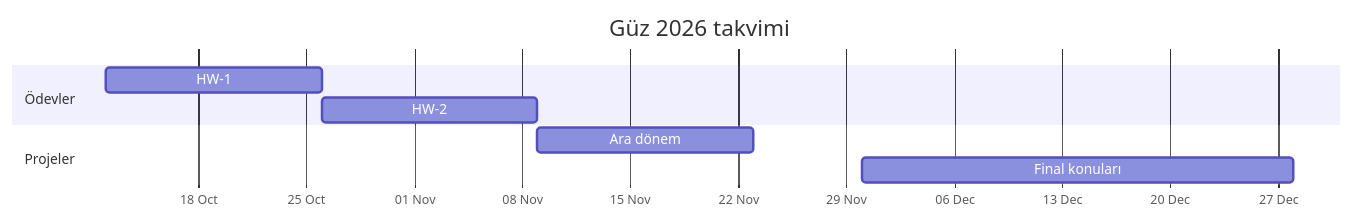
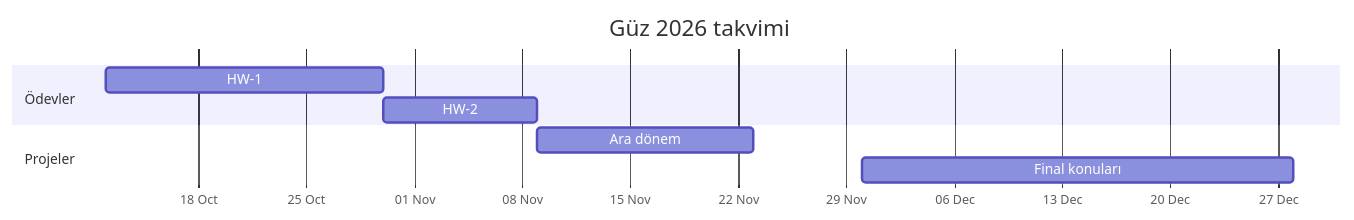
Before and after one commit to emircansurucu/UUM523E-F16-Flight-Dynamics: the diagram in PROJECT.md, drawn with Mermaid. The commit also changed other lines of this file and 24 other files, not shown here.

````diff
--- a/PROJECT.md
+++ b/PROJECT.md
@@ -33,12 +33,12 @@
 ```mermaid
 gantt
     title Güz 2026 takvimi
     dateFormat YYYY-MM-DD
     axisFormat %d %b
     section Ödevler
-    HW-1           :2026-10-12, 2026-10-26
-    HW-2           :2026-10-26, 2026-11-09
+    HW-1           :2026-10-12, 2026-10-30
+    HW-2           :2026-10-30, 2026-11-09
     section Projeler
     Ara dönem      :2026-11-09, 2026-11-23
     Final konuları :2026-11-30, 2026-12-28
 ```
````
